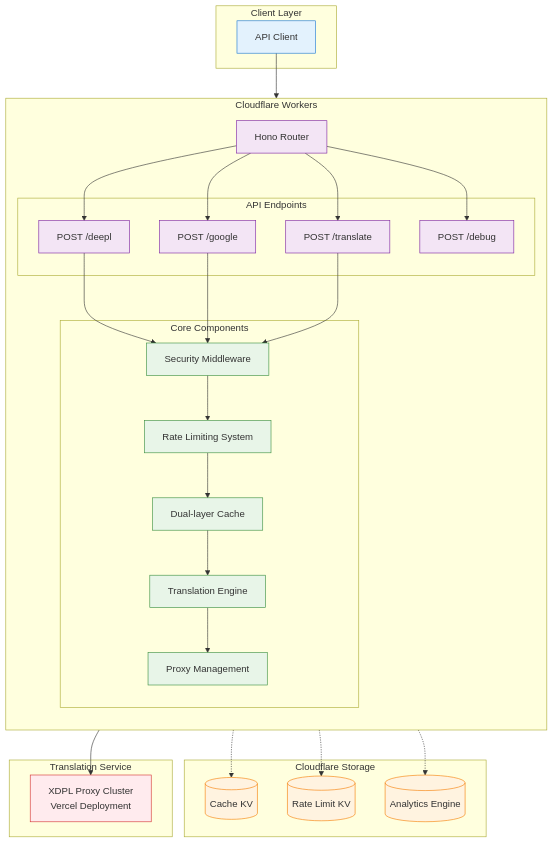
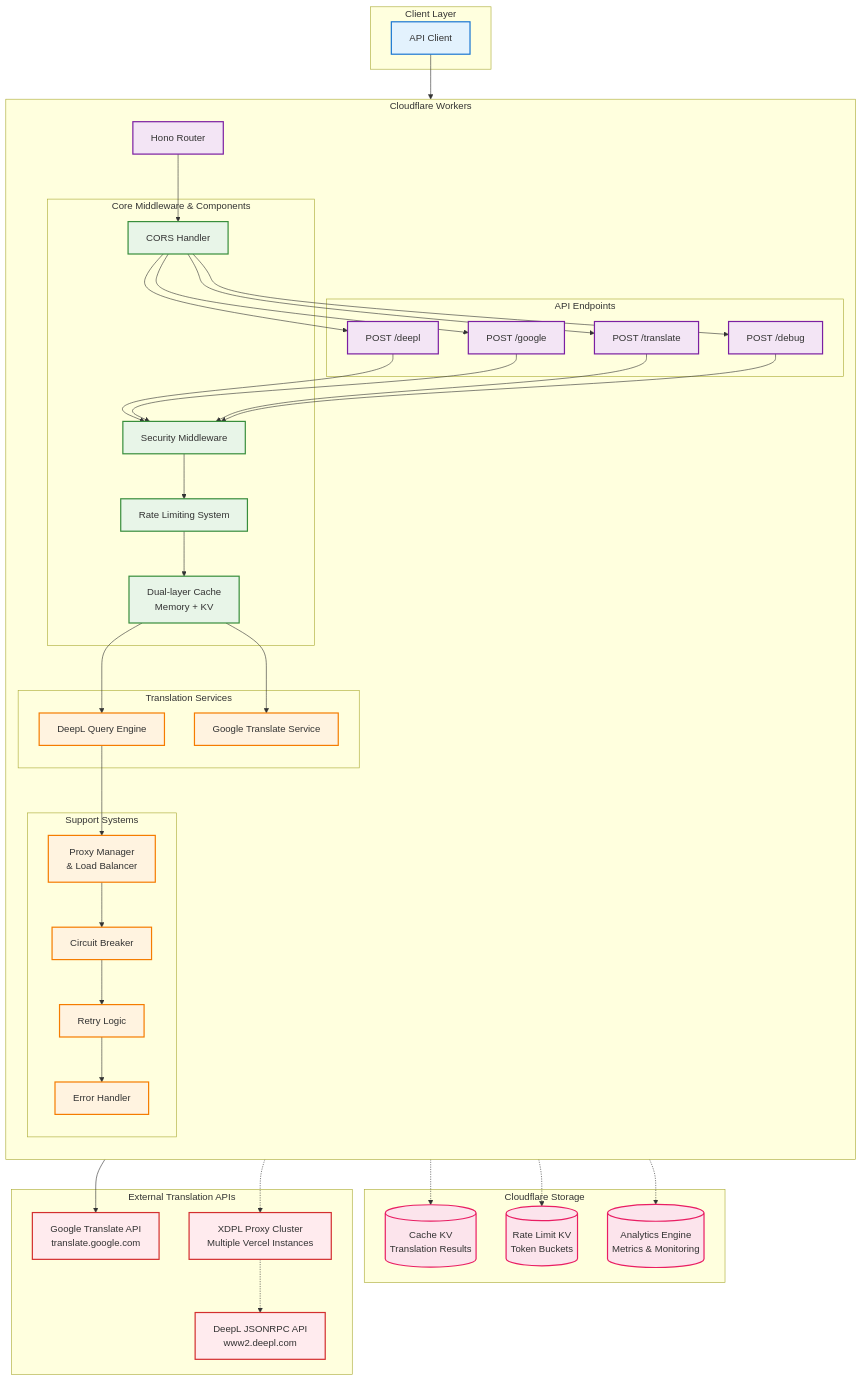
Before and after one commit to zbf1009/deeplx: the diagram in README.md, drawn with Mermaid. The commit also changed other lines of this file and 1 other file, not shown here.

Commit message:
Update architecture diagrams and example headings in README
Enhanced the architecture diagrams in both English and Chinese README files for clarity, adding more detailed components and improved flow. Updated example section headings for translation usage in JavaScript and Python to be more descriptive and consistent.

````diff
--- a/README.md
+++ b/README.md
@@ -82,58 +82,87 @@
             Debug[POST /debug]
         end
         
-        subgraph "Core Components"
+        subgraph "Core Middleware & Components"
+            CORS[CORS Handler]
             Security[Security Middleware]
             RateLimit[Rate Limiting System]
-            Cache[Dual-layer Cache]
-            Query[Translation Engine]
-            Proxy[Proxy Management]
+            Cache[Dual-layer Cache<br/>Memory + KV]
+        end
+        
+        subgraph "Translation Services"
+            QueryEngine[DeepL Query Engine]
+            GoogleService[Google Translate Service]
+        end
+        
+        subgraph "Support Systems"
+            ProxyManager[Proxy Manager<br/>& Load Balancer]
+            CircuitBreaker[Circuit Breaker]
+            RetryLogic[Retry Logic]
+            ErrorHandler[Error Handler]
         end
     end
 
     %% Storage Layer
     subgraph "Cloudflare Storage"
-        CacheKV[(Cache KV)]
-        RateLimitKV[(Rate Limit KV)]
-        Analytics[(Analytics Engine)]
+        CacheKV[(Cache KV<br/>Translation Results)]
+        RateLimitKV[(Rate Limit KV<br/>Token Buckets)]
+        Analytics[(Analytics Engine<br/>Metrics & Monitoring)]
     end
 
     %% External Services
-    subgraph "Translation Service"
-        XDPL[XDPL Proxy Cluster<br/>Vercel Deployment]
+    subgraph "External Translation APIs"
+        DeepLAPI[DeepL JSONRPC API<br/>www2.deepl.com]
+        GoogleAPI[Google Translate API<br/>translate.google.com]
+        XDPL[XDPL Proxy Cluster<br/>Multiple Vercel Instances]
     end
 
-    %% Connections
+    %% Request Flow Connections
     APIClient --> Router
-    Router --> DeepL
-    Router --> Google
-    Router --> Translate
-    Router --> Debug
+    Router --> CORS
+    CORS --> DeepL
+    CORS --> Google
+    CORS --> Translate
+    CORS --> Debug
     
     DeepL --> Security
     Google --> Security
     Translate --> Security
+    Debug --> Security
+    
     Security --> RateLimit
     RateLimit --> Cache
-    Cache --> Query
-    Query --> Proxy
     
+    Cache --> QueryEngine
+    Cache --> GoogleService
+    
+    QueryEngine --> ProxyManager
+    GoogleService --> GoogleAPI
+    
+    ProxyManager --> CircuitBreaker
+    CircuitBreaker --> RetryLogic
+    RetryLogic --> ErrorHandler
+    
+    %% External API Connections
+    ProxyManager -.-> XDPL
+    XDPL -.-> DeepLAPI
+    
+    %% Storage Connections
     Cache -.-> CacheKV
     RateLimit -.-> RateLimitKV
-    Query -.-> Analytics
-    
-    Proxy --> XDPL
+    Router -.-> Analytics
 
     %% Styles
-    classDef clientClass fill:#e3f2fd,stroke:#1976d2
-    classDef workerClass fill:#f3e5f5,stroke:#7b1fa2
-    classDef coreClass fill:#e8f5e8,stroke:#388e3c
-    classDef storageClass fill:#fff3e0,stroke:#f57c00
-    classDef externalClass fill:#ffebee,stroke:#d32f2f
+    classDef clientClass fill:#e3f2fd,stroke:#1976d2,stroke-width:2px
+    classDef workerClass fill:#f3e5f5,stroke:#7b1fa2,stroke-width:2px
+    classDef middlewareClass fill:#e8f5e8,stroke:#388e3c,stroke-width:2px
+    classDef serviceClass fill:#fff3e0,stroke:#f57c00,stroke-width:2px
+    classDef storageClass fill:#fce4ec,stroke:#e91e63,stroke-width:2px
+    classDef externalClass fill:#ffebee,stroke:#d32f2f,stroke-width:2px
 
     class APIClient clientClass
     class Router,DeepL,Google,Translate,Debug workerClass
-    class Security,RateLimit,Cache,Query,Proxy coreClass
+    class CORS,Security,RateLimit,Cache middlewareClass
+    class QueryEngine,GoogleService,ProxyManager,CircuitBreaker,RetryLogic,ErrorHandler serviceClass
     class CacheKV,RateLimitKV,Analytics storageClass
-    class XDPL externalClass
+    class DeepLAPI,GoogleAPI,XDPL externalClass
 ```
````
